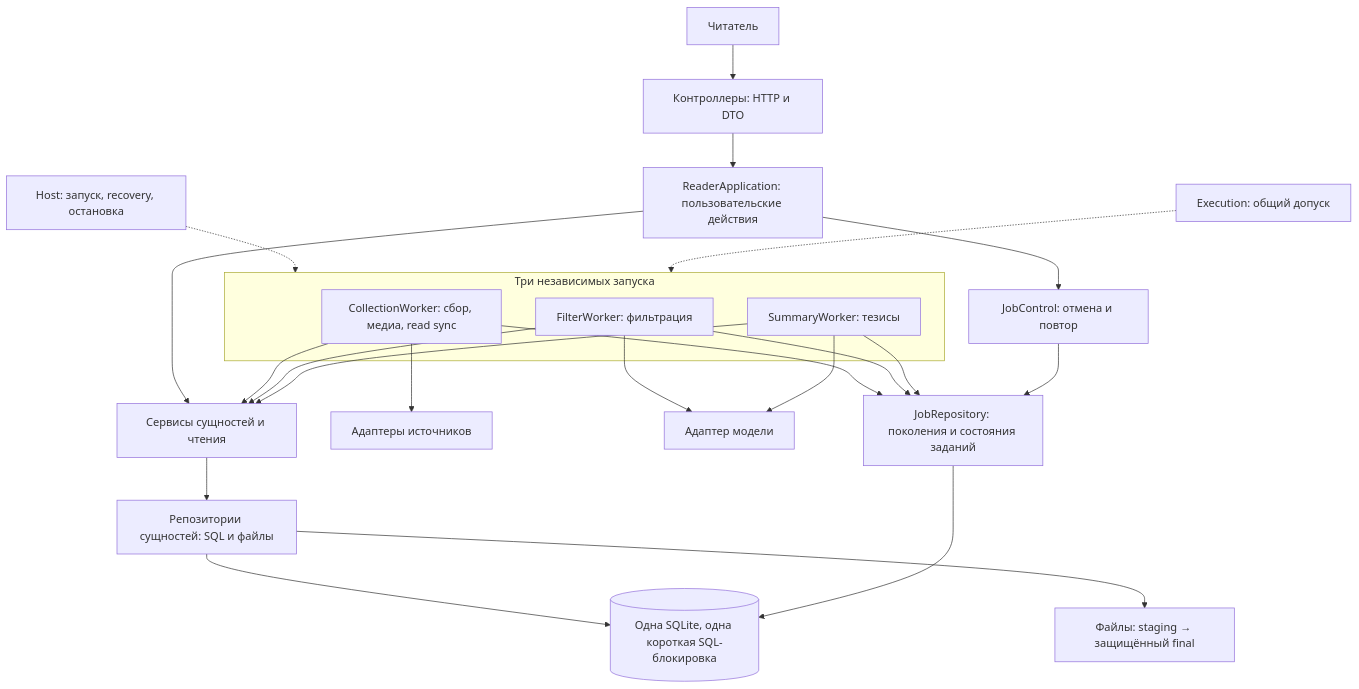
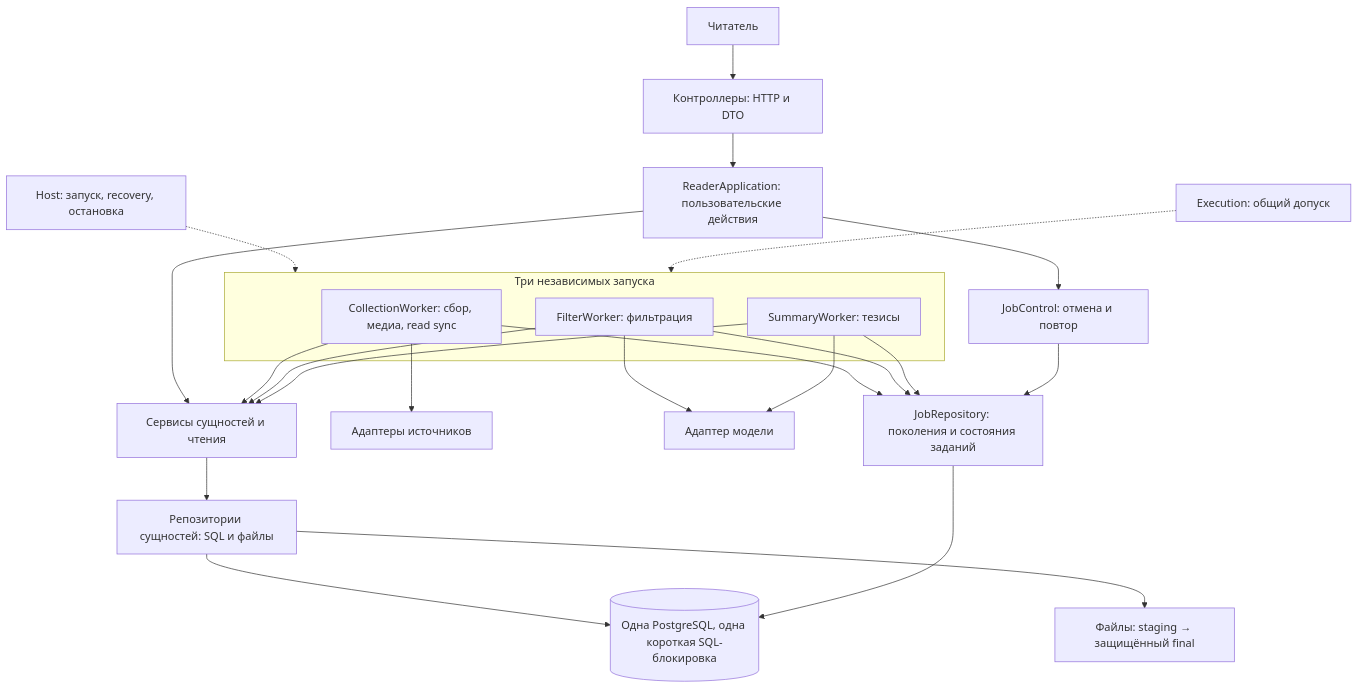
Before and after one commit to tgenman/oko: the first of 3 diagrams in docs/human/pipeline-workers.md, drawn with Mermaid. The commit also changed other lines of this file and 150 other files, not shown here.

Commit message:
refactor: make PostgreSQL the only Oko storage

````diff
--- a/docs/human/pipeline-workers.md
+++ b/docs/human/pipeline-workers.md
@@ -7,28 +7,28 @@
 ```mermaid
 flowchart TB
     UI["Читатель"] --> HTTP["Контроллеры: HTTP и DTO"]
     HTTP --> APP["ReaderApplication: пользовательские действия"]
     APP --> SV["Сервисы сущностей и чтения"]
     APP --> CTL["JobControl: отмена и повтор"]
     subgraph CRONS["Три независимых запуска"]
       C["CollectionWorker: сбор, медиа, read sync"]
       F["FilterWorker: фильтрация"]
       T["SummaryWorker: тезисы"]
     end
     C --> SRC["Адаптеры источников"]
     F --> AI["Адаптер модели"]
     T --> AI
     C --> SV
     F --> SV
     T --> SV
     C --> JOB["JobRepository: поколения и состояния заданий"]
     F --> JOB
     T --> JOB
     CTL --> JOB
     SV --> REPO["Репозитории сущностей: SQL и файлы"]
-    REPO --> DB[("Одна SQLite, одна короткая SQL-блокировка")]
+    REPO --> DB[("Одна PostgreSQL, одна короткая SQL-блокировка")]
     JOB --> DB
     REPO --> FILES["Файлы: staging → защищённый final"]
     HOST["Host: запуск, recovery, остановка"] -.-> CRONS
     EX["Execution: общий допуск"] -.-> CRONS
 ```
````
